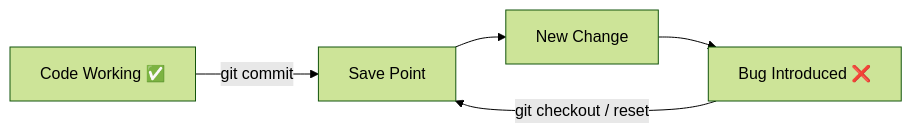
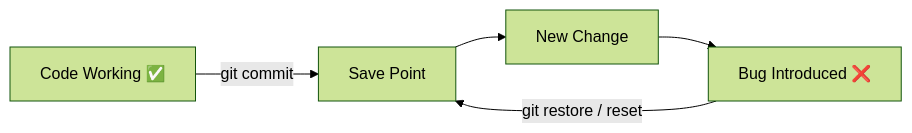
The first of 2 diagrams in Basics/01_Git_vs_GitHub.md (mabdullahchaudhary/git-github-roadmap-notes), drawn with Mermaid (forest theme) before and after one commit. The commit also changed 5 other files, not shown here.

````diff
--- a/Basics/01_Git_vs_GitHub.md
+++ b/Basics/01_Git_vs_GitHub.md
@@ -35,7 +35,7 @@
 ```mermaid
 flowchart LR
     A[Code Working ✅] -->|git commit| B[Save Point]
     B --> C[New Change]
     C --> D[Bug Introduced ❌]
-    D -->|git checkout / reset| B
+   D -->|git restore / reset| B
 ```
````
